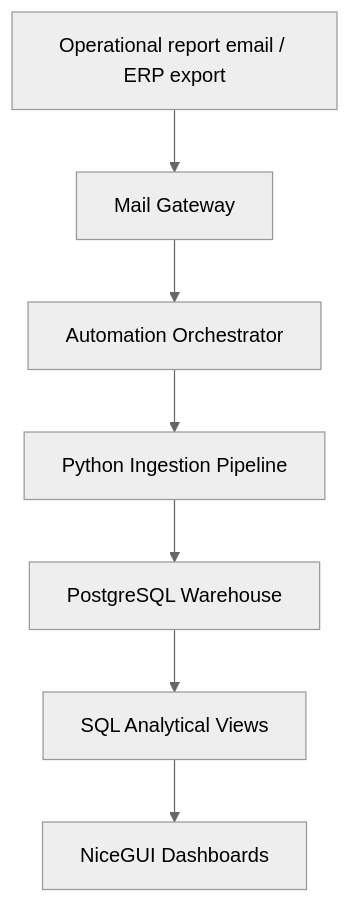
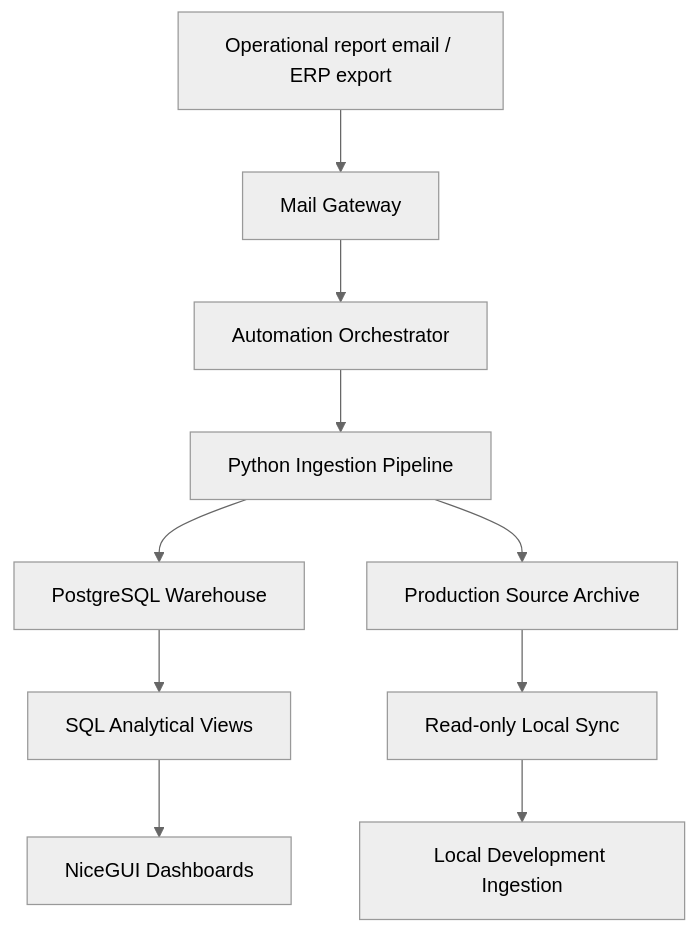
The diagram in README.md (Maxim-Venevtsev/receivables-analytics-platform), drawn with Mermaid (neutral theme) before and after one commit. The commit also changed other lines of this file and 10 other files, not shown here.

Commit message:
Complete production foundation and local sync workflow

````diff
--- a/README.md
+++ b/README.md
@@ -66,10 +68,13 @@
 ```mermaid
 flowchart TD
     A[Operational report email / ERP export]
     --> B[Mail Gateway]
     --> C[Automation Orchestrator]
     --> D[Python Ingestion Pipeline]
     --> E[PostgreSQL Warehouse]
     --> F[SQL Analytical Views]
     --> G[NiceGUI Dashboards]
+    D --> H[Production Source Archive]
+    H --> I[Read-only Local Sync]
+    I --> J[Local Development Ingestion]
 ```
````
